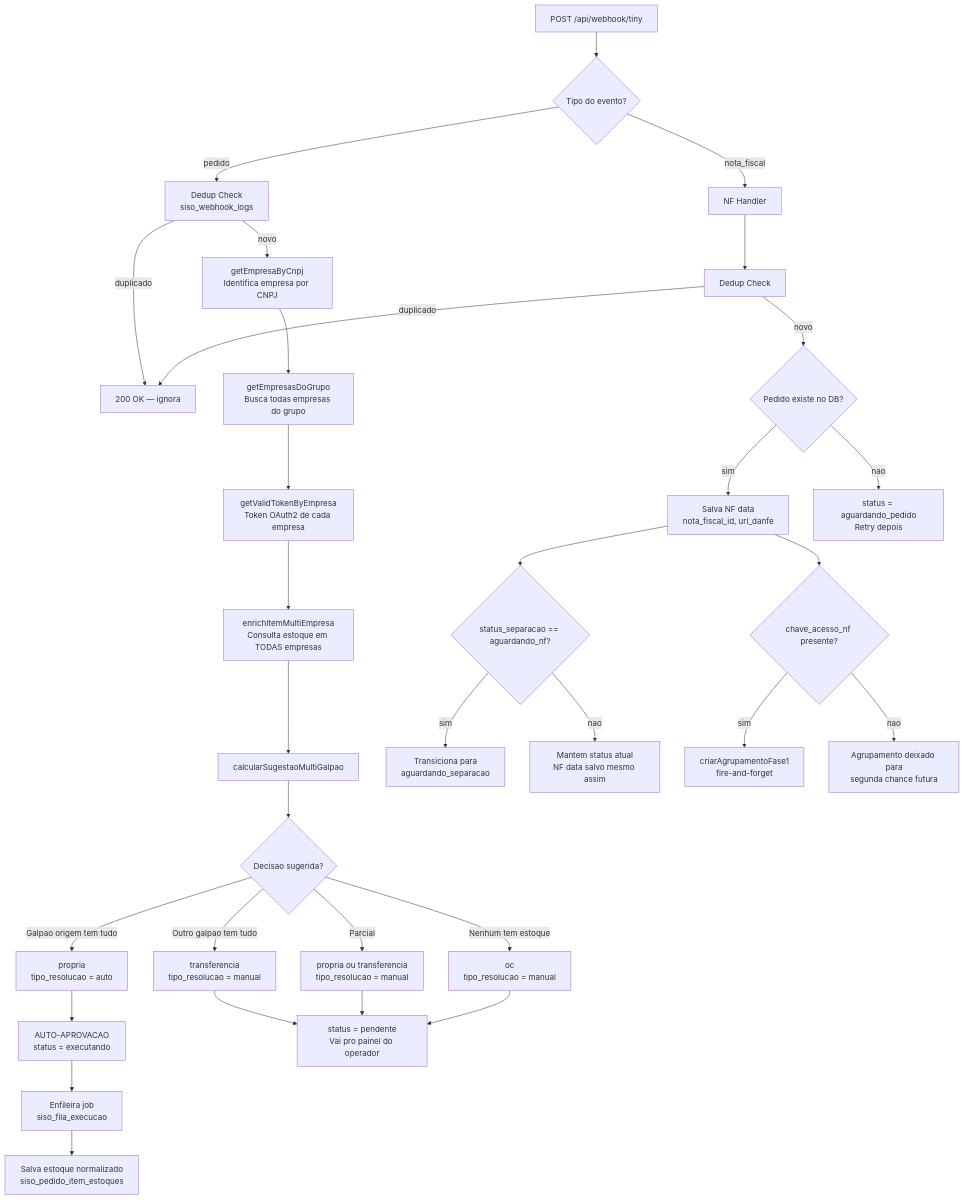
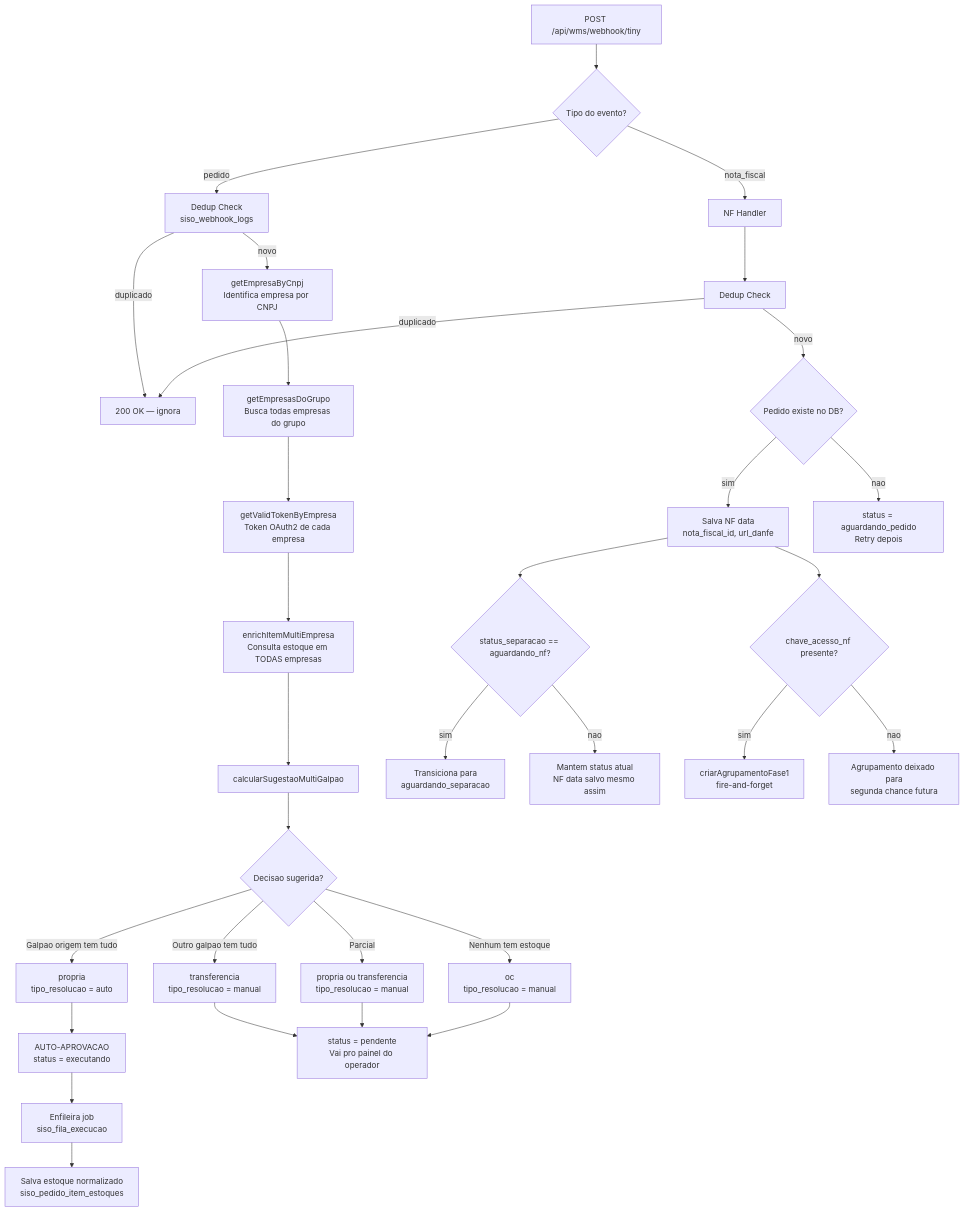
Before and after one commit to Eryk-dev/estoquelever: the second of 18 diagrams in docs/diagramas/fluxos-siso.md, drawn with Mermaid. The commit also changed other lines of this file and 20 other files, not shown here.

````diff
--- a/docs/diagramas/fluxos-siso.md
+++ b/docs/diagramas/fluxos-siso.md
@@ -67,47 +67,47 @@
 ```mermaid
 flowchart TD
-    A["POST /api/webhook/tiny"] --> B{"Tipo do evento?"}
+    A["POST /api/wms/webhook/tiny"] --> B{"Tipo do evento?"}
 
     B -->|pedido| C["Dedup Check<br/>siso_webhook_logs"]
     B -->|nota_fiscal| D["NF Handler"]
 
     C -->|duplicado| E["200 OK — ignora"]
     C -->|novo| F["getEmpresaByCnpj<br/>Identifica empresa por CNPJ"]
 
     F --> G["getEmpresasDoGrupo<br/>Busca todas empresas do grupo"]
     G --> H["getValidTokenByEmpresa<br/>Token OAuth2 de cada empresa"]
     H --> I["enrichItemMultiEmpresa<br/>Consulta estoque em TODAS empresas"]
 
     I --> J["calcularSugestaoMultiGalpao"]
 
     J --> K{"Decisao sugerida?"}
 
     K -->|"Galpao origem tem tudo"| L["propria<br/>tipo_resolucao = auto"]
     K -->|"Outro galpao tem tudo"| M["transferencia<br/>tipo_resolucao = manual"]
     K -->|"Parcial"| N["propria ou transferencia<br/>tipo_resolucao = manual"]
     K -->|"Nenhum tem estoque"| O["oc<br/>tipo_resolucao = manual"]
 
     L --> P["AUTO-APROVACAO<br/>status = executando"]
     P --> Q["Enfileira job<br/>siso_fila_execucao"]
 
     M --> R["status = pendente<br/>Vai pro painel do operador"]
     N --> R
     O --> R
 
     Q --> S["Salva estoque normalizado<br/>siso_pedido_item_estoques"]
 
     D --> T["Dedup Check"]
     T -->|duplicado| E
     T -->|novo| U{"Pedido existe no DB?"}
 
     U -->|sim| V["Salva NF data<br/>nota_fiscal_id, url_danfe"]
     U -->|nao| W["status = aguardando_pedido<br/>Retry depois"]
 
     V --> X{"status_separacao == aguardando_nf?"}
     X -->|sim| Y["Transiciona para<br/>aguardando_separacao"]
     X -->|nao| Z["Mantem status atual<br/>NF data salvo mesmo assim"]
 
     V --> AA{"chave_acesso_nf presente?"}
     AA -->|sim| AB["criarAgrupamentoFase1<br/>fire-and-forget"]
     AA -->|nao| AC["Agrupamento deixado para<br/>segunda chance futura"]
 ```
````
